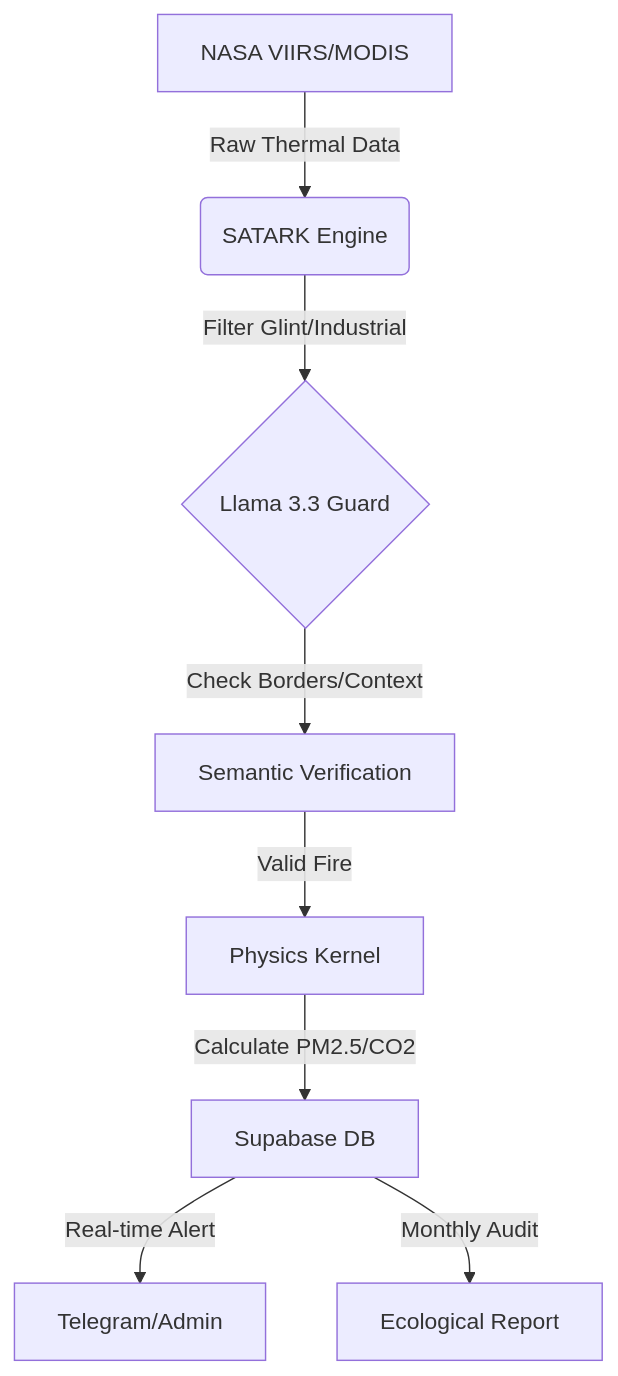
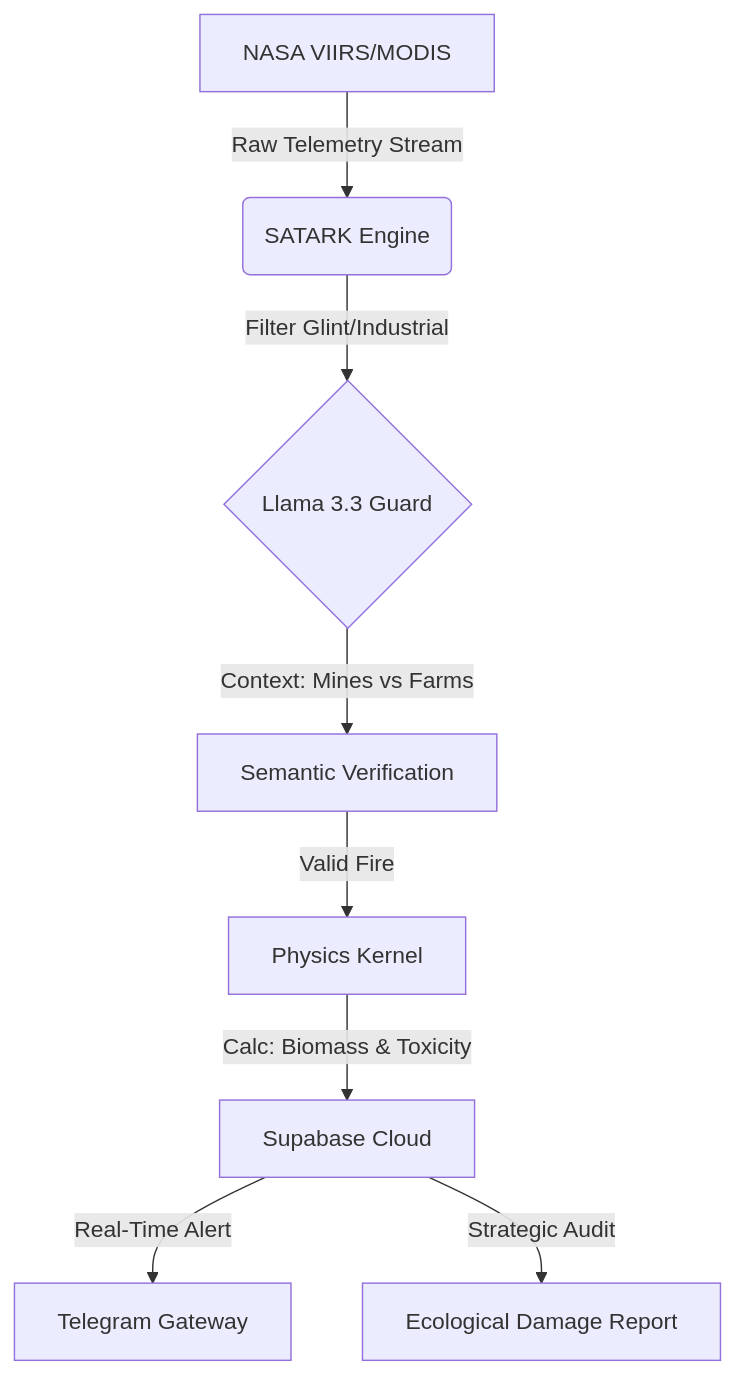
Before and after one commit to REEXXL1Rafat/SATARK-AUTO-SCANNER: the diagram in README.md, drawn with Mermaid. The commit also changed other lines of this file, not shown here.

````diff
--- a/README.md
+++ b/README.md
@@ -26,10 +25,11 @@
 ```mermaid
 graph TD
-    A[NASA VIIRS/MODIS] -->|Raw Thermal Data| B(SATARK Engine)
+    A[NASA VIIRS/MODIS] -->|Raw Telemetry Stream| B(SATARK Engine)
     B -->|Filter Glint/Industrial| C{Llama 3.3 Guard}
-    C -->|Check Borders/Context| D[Semantic Verification]
+    C -->|Context: Mines vs Farms| D[Semantic Verification]
     D -->|Valid Fire| E[Physics Kernel]
-    E -->|Calculate PM2.5/CO2| F[Supabase DB]
-    F -->|Real-time Alert| G[Telegram/Admin]
-    F -->|Monthly Audit| H[Ecological Report]
+    E -->|Calc: Biomass & Toxicity| F[Supabase Cloud]
+    F -->|Real-Time Alert| G[Telegram Gateway]
+    F -->|Strategic Audit| H[Ecological Damage Report]
+
 ```
````
